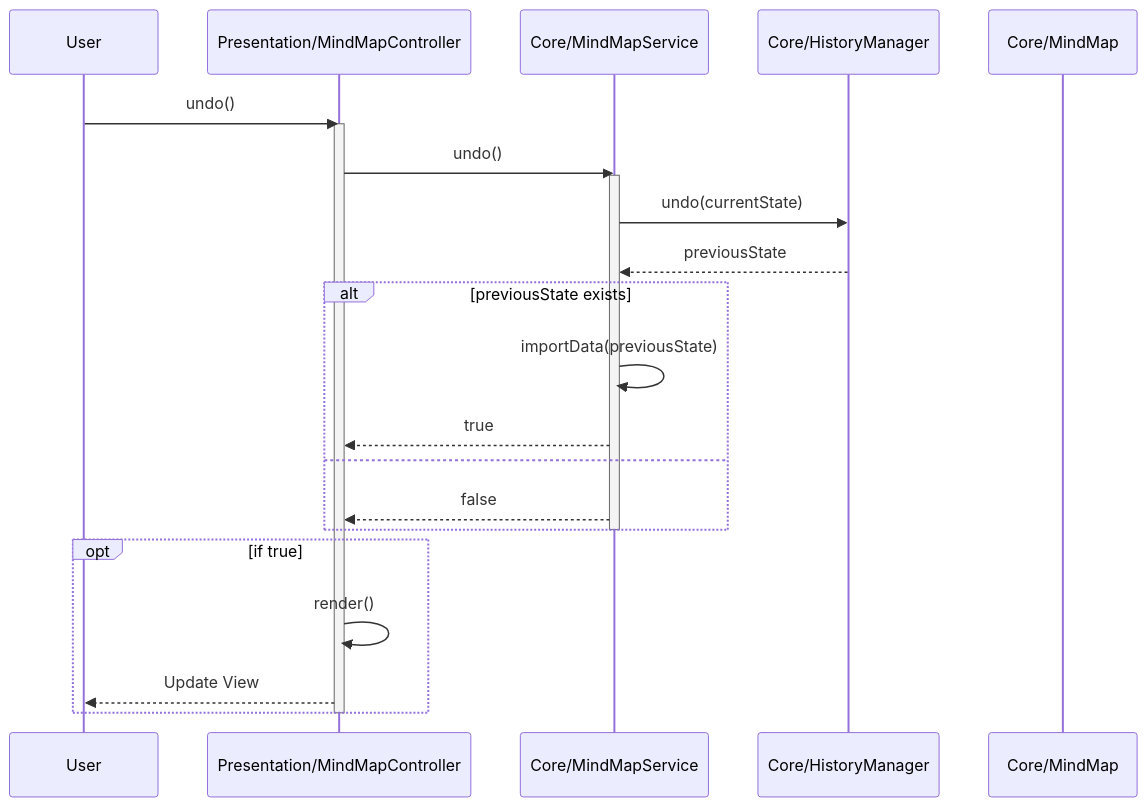
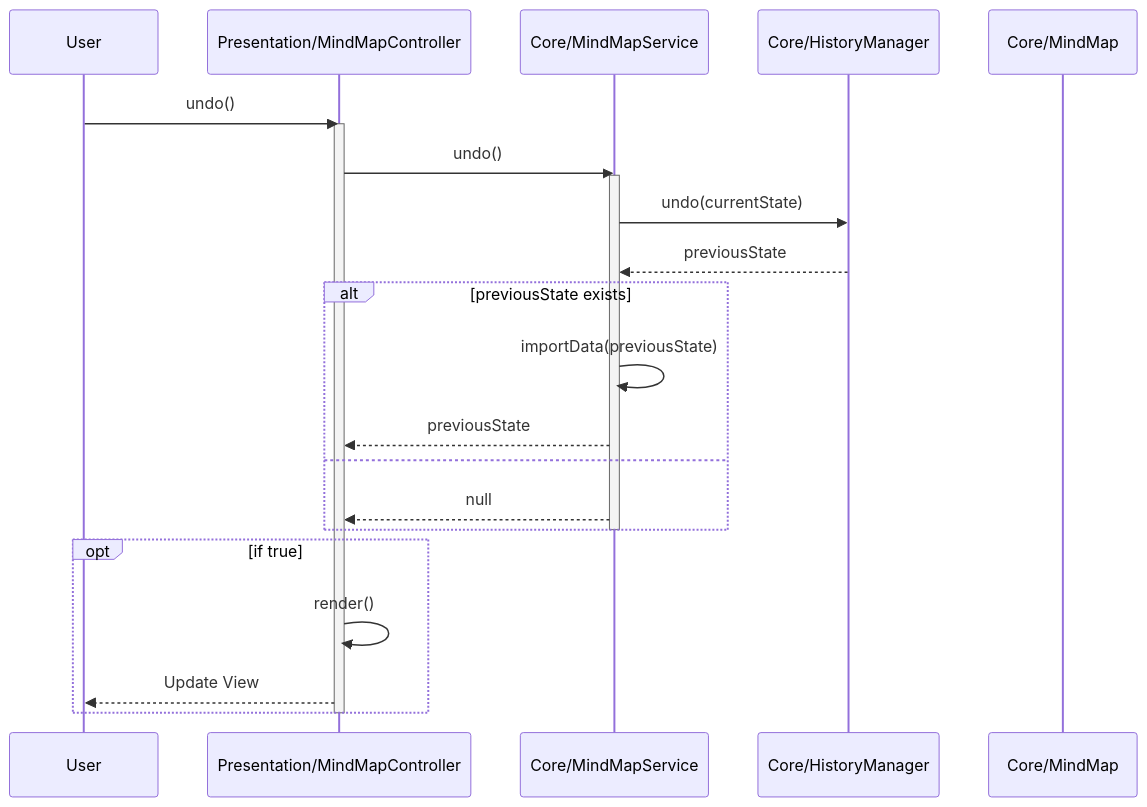
Before and after one commit to hiroooo000/kakidash: the fourth of 6 diagrams in docs/SOFTWARE_ARCHITECTURE_ja.md, drawn with Mermaid. The commit also changed 12 other files, not shown here.

````diff
--- a/docs/SOFTWARE_ARCHITECTURE_ja.md
+++ b/docs/SOFTWARE_ARCHITECTURE_ja.md
@@ -226,31 +226,31 @@
 ```mermaid
 sequenceDiagram
     participant User
     participant Controller as Presentation/MindMapController
     participant Service as Core/MindMapService
     participant History as Core/HistoryManager
     participant Entity as Core/MindMap
 
     User->>Controller: undo()
     activate Controller
 
     Controller->>Service: undo()
     activate Service
 
     Service->>History: undo(currentState)
     History-->>Service: previousState
 
     alt previousState exists
         Service->>Service: importData(previousState)
-        Service-->>Controller: true
+        Service-->>Controller: previousState
     else
-        Service-->>Controller: false
+        Service-->>Controller: null
     end
     deactivate Service
 
     opt if true
         Controller->>Controller: render()
         Controller-->>User: Update View
     end
     deactivate Controller
 ```
````
